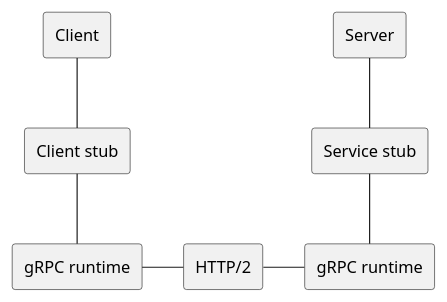
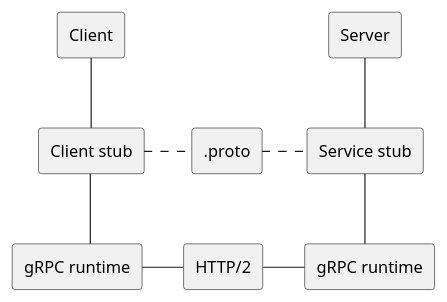
Before and after one commit to c0p4c4b4n4/grpc-grpc-java: the diagram in _raw/example1/images/RPC.puml, drawn with PlantUML.

```diff
--- a/_raw/example1/images/RPC.puml
+++ b/_raw/example1/images/RPC.puml
@@ -1,24 +1,28 @@
 @startuml
 
 skinparam linetype ortho
 
 rectangle "Client" as C1
 rectangle "Client stub" as C2
 rectangle "gRPC runtime" as C3
 
 rectangle "Server" as S1
 rectangle "Service stub" as S2
 rectangle "gRPC runtime" as S3
 
-rectangle "HTTP/2" as N
+rectangle ".proto" as P
+rectangle "HTTP/2" as H
 
 C1 -down- C2
 C2 -down- C3
 
 S1 -down- S2
 S2 -down- S3
 
-C3 -right- N
-N -right- S3
+C2 ..right.. P
+P ..right.. S2
+
+C3 -right- H
+H -right- S3
 
 @enduml
```
